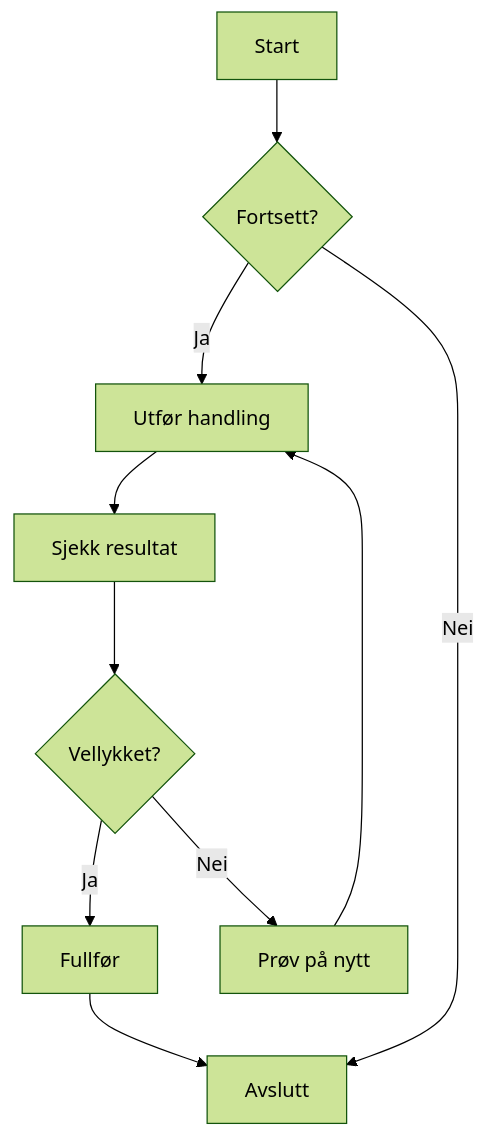
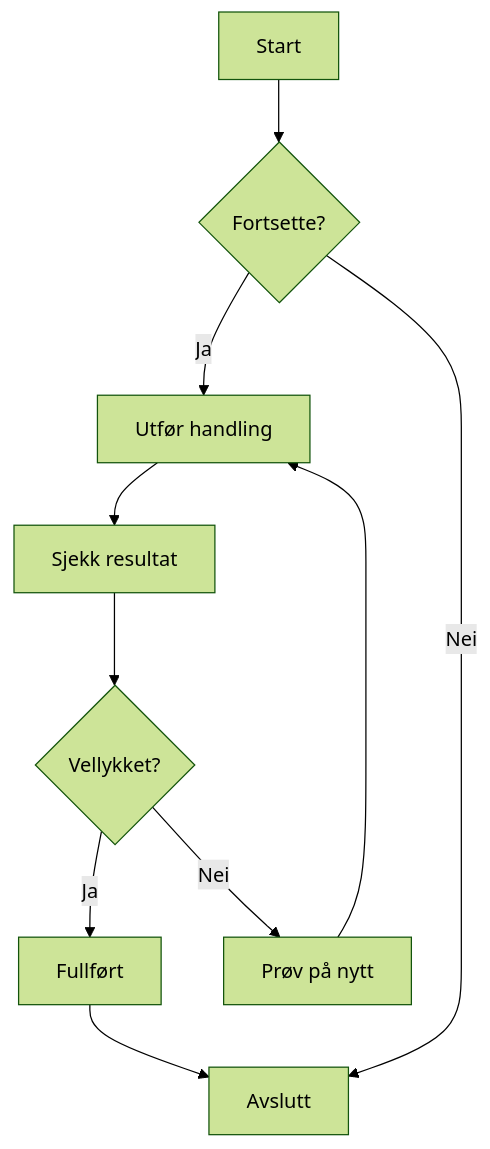
One commit to zccz14/CZON changed the first of 7 diagrams in .czon/src/no-NO/8938d6aac9c056c06137a041b8e82379bfb619bb6d435b9ecec515337dd0cd69.md. Above: the diagram before and after it, drawn with Mermaid (forest theme). The commit also changed other lines of this file and 148 other files, not shown here.

````diff
--- a/.czon/src/no-NO/8938d6aac9c056c06137a041b8e82379bfb619bb6d435b9ecec515337dd0cd69.md
+++ b/.czon/src/no-NO/8938d6aac9c056c06137a041b8e82379bfb619bb6d435b9ecec515337dd0cd69.md
@@ -23,12 +22,12 @@
 ```mermaid
 graph TD
-    A[Start] --> B{Fortsett?}
+    A[Start] --> B{Fortsette?}
     B -->|Ja| C[Utfør handling]
     B -->|Nei| D[Avslutt]
     C --> E[Sjekk resultat]
     E --> F{Vellykket?}
-    F -->|Ja| G[Fullfør]
+    F -->|Ja| G[Fullført]
     F -->|Nei| H[Prøv på nytt]
     H --> C
     G --> D
 ```
````
